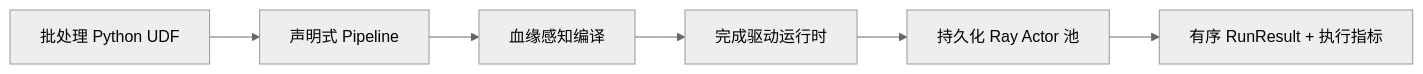
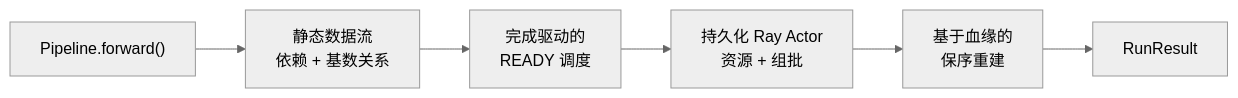
The first of 2 diagrams in README-zh.md (OpenDCAI/RayOrch), drawn with Mermaid (neutral theme) before and after one commit. The commit also changed other lines of this file and 1 other file, not shown here.

````diff
--- a/README-zh.md
+++ b/README-zh.md
@@ -117,8 +35,8 @@
 ```mermaid
 flowchart LR
-    UDF["批处理 Python UDF"] --> Pipeline["声明式 Pipeline"]
-    Pipeline --> Compile["血缘感知编译"]
-    Compile --> Runtime["完成驱动运行时"]
-    Runtime --> Actors["持久化 Ray Actor 池"]
-    Actors --> Result["有序 RunResult + 执行指标"]
+    Pipeline["Pipeline.forward()"] --> Graph["静态数据流<br/>依赖 + 基数关系"]
+    Graph --> Ready["完成驱动的<br/>READY 调度"]
+    Ready --> Actors["持久化 Ray Actor<br/>资源 + 组批"]
+    Actors --> Lineage["基于血缘的<br/>保序重建"]
+    Lineage --> Result["RunResult"]
 ```
````
